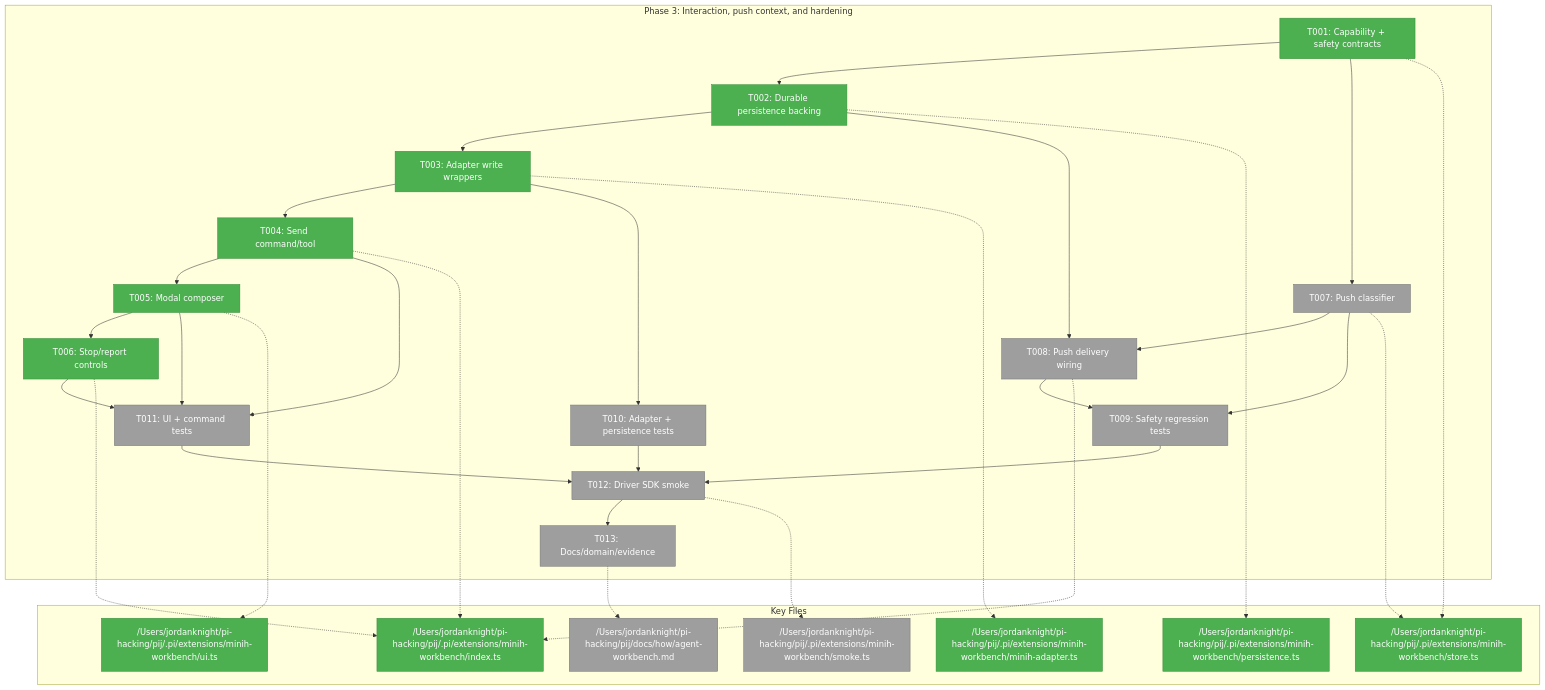
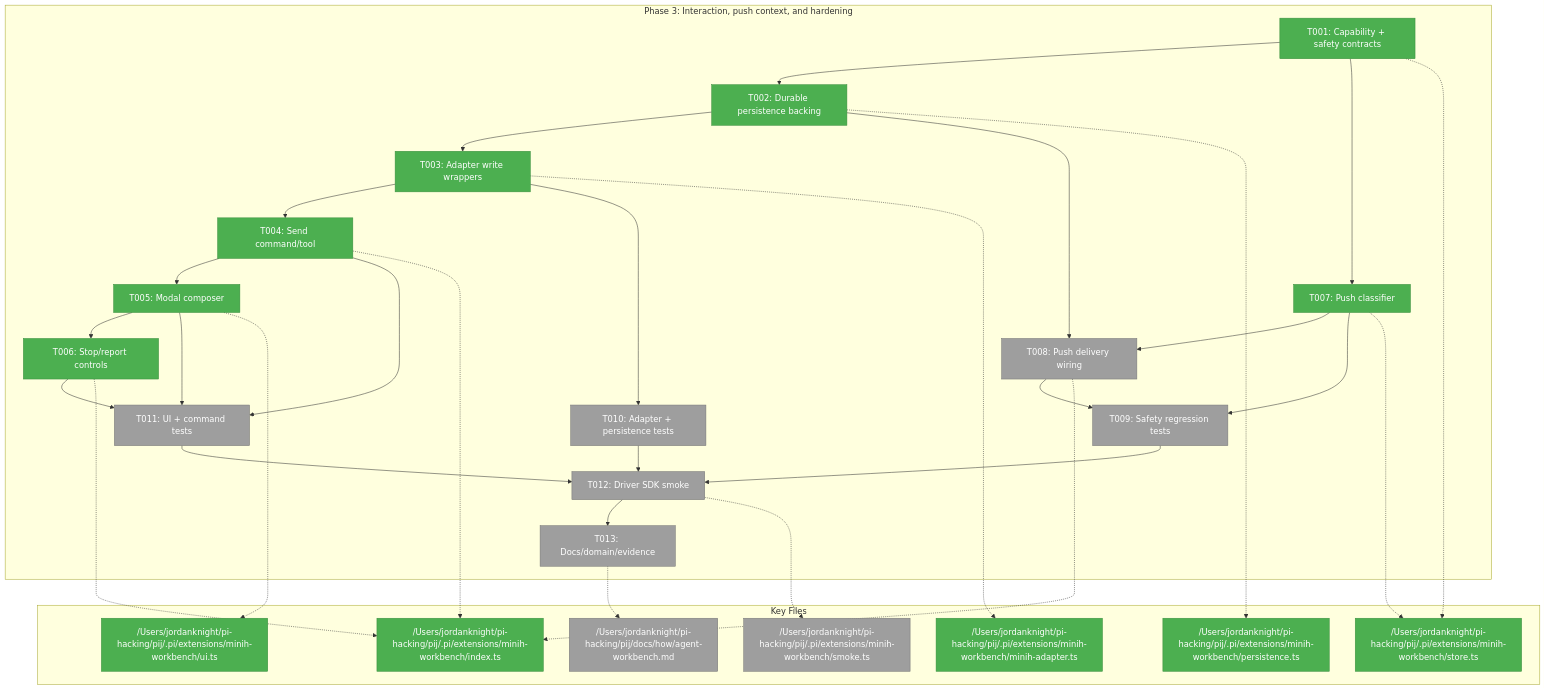
One commit to vaughanknight/pij changed the first of 3 diagrams in docs/plans/007-options-for-pi-extensions-that-do-subagents/tasks/phase-3-interaction-push-context-and-hardening/tasks.md. Above: the diagram before and after it, drawn with Mermaid. The commit also changed other lines of this file and 4 other files, not shown here.

````diff
--- a/docs/plans/007-options-for-pi-extensions-that-do-subagents/tasks/phase-3-interaction-push-context-and-hardening/tasks.md
+++ b/docs/plans/007-options-for-pi-extensions-that-do-subagents/tasks/phase-3-interaction-push-context-and-hardening/tasks.md
@@ -183,55 +183,55 @@
 ```mermaid
 flowchart TD
     classDef pending fill:#9E9E9E,stroke:#757575,color:#fff
     classDef inprogress fill:#FFC107,stroke:#FFA000,color:#000
     classDef completed fill:#4CAF50,stroke:#388E3C,color:#fff
 
     subgraph Phase["Phase 3: Interaction, push context, and hardening"]
         T001["T001: Capability + safety contracts"]:::completed
         T002["T002: Durable persistence backing"]:::completed
         T003["T003: Adapter write wrappers"]:::completed
         T004["T004: Send command/tool"]:::completed
         T005["T005: Modal composer"]:::completed
         T006["T006: Stop/report controls"]:::completed
-        T007["T007: Push classifier"]:::pending
+        T007["T007: Push classifier"]:::completed
         T008["T008: Push delivery wiring"]:::pending
         T009["T009: Safety regression tests"]:::pending
         T010["T010: Adapter + persistence tests"]:::pending
         T011["T011: UI + command tests"]:::pending
         T012["T012: Driver SDK smoke"]:::pending
         T013["T013: Docs/domain/evidence"]:::pending
         T001 --> T002 --> T003 --> T004 --> T005 --> T006
         T001 --> T007 --> T008
         T002 --> T008
         T003 --> T010
         T004 --> T011
         T005 --> T011
         T006 --> T011
         T007 --> T009
         T008 --> T009
         T009 --> T012 --> T013
         T010 --> T012
         T011 --> T012
     end
 
     subgraph Files["Key Files"]
         F1["/Users/jordanknight/pi-hacking/pij/.pi/extensions/minih-workbench/store.ts"]:::completed
         F2["/Users/jordanknight/pi-hacking/pij/.pi/extensions/minih-workbench/persistence.ts"]:::completed
         F3["/Users/jordanknight/pi-hacking/pij/.pi/extensions/minih-workbench/minih-adapter.ts"]:::completed
         F4["/Users/jordanknight/pi-hacking/pij/.pi/extensions/minih-workbench/index.ts"]:::completed
         F5["/Users/jordanknight/pi-hacking/pij/.pi/extensions/minih-workbench/ui.ts"]:::completed
         F6["/Users/jordanknight/pi-hacking/pij/.pi/extensions/minih-workbench/smoke.ts"]:::pending
         F7["/Users/jordanknight/pi-hacking/pij/docs/how/agent-workbench.md"]:::pending
     end
 
     T001 -.-> F1
     T002 -.-> F2
     T003 -.-> F3
     T004 -.-> F4
     T005 -.-> F5
     T006 -.-> F4
     T007 -.-> F1
     T008 -.-> F4
     T012 -.-> F6
     T013 -.-> F7
 ```
````
